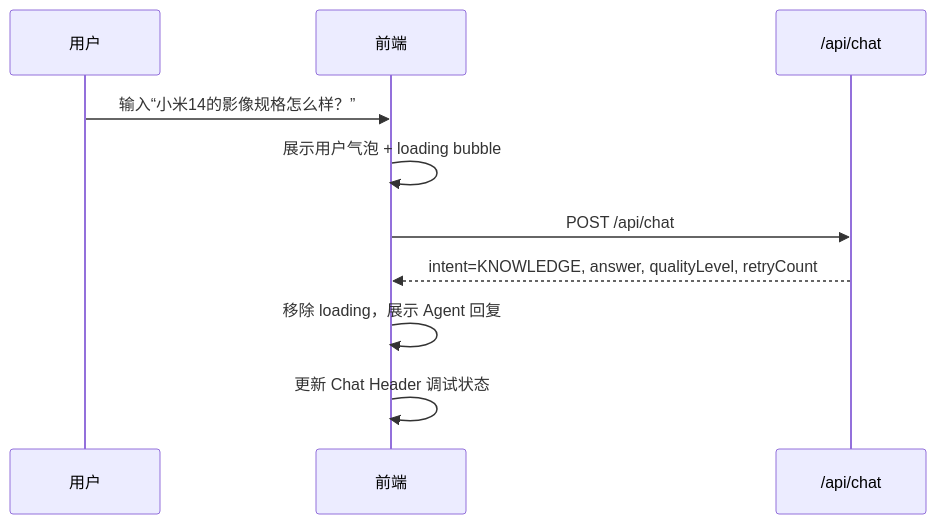
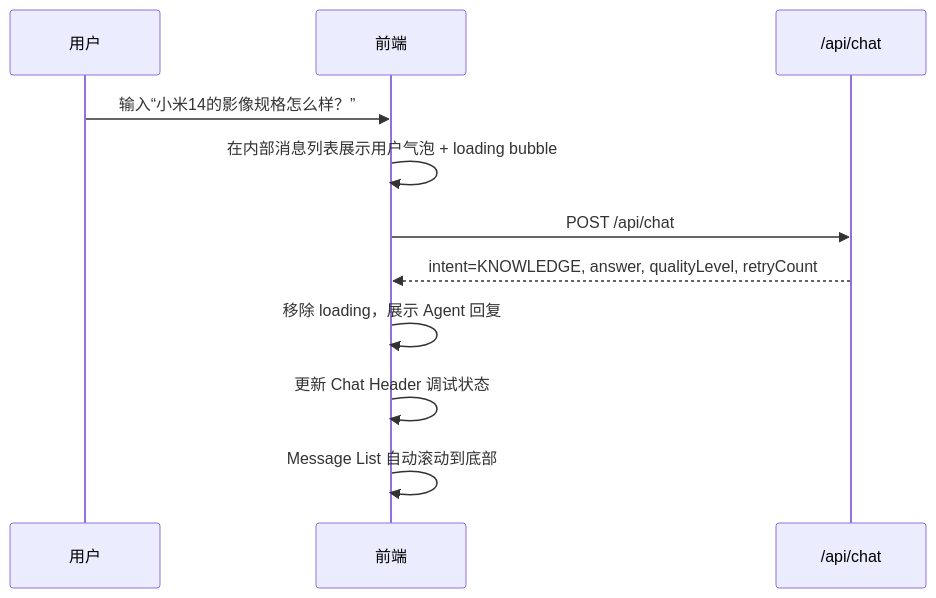
The first of 4 diagrams in doc/前端UIUX设计文档.md (liyunyi-gif/Xiaomi-Shopping-Agent), drawn with Mermaid before and after one commit. The commit also changed other lines of this file and 2 other files, not shown here.

````diff
--- a/doc/前端UIUX设计文档.md
+++ b/doc/前端UIUX设计文档.md
@@ -315,13 +466,14 @@
 ```mermaid
 sequenceDiagram
     participant U as 用户
     participant F as 前端
     participant API as /api/chat
 
     U->>F: 输入“小米14的影像规格怎么样？”
-    F->>F: 展示用户气泡 + loading bubble
+    F->>F: 在内部消息列表展示用户气泡 + loading bubble
     F->>API: POST /api/chat
     API-->>F: intent=KNOWLEDGE, answer, qualityLevel, retryCount
     F->>F: 移除 loading，展示 Agent 回复
     F->>F: 更新 Chat Header 调试状态
+    F->>F: Message List 自动滚动到底部
 ```
````
